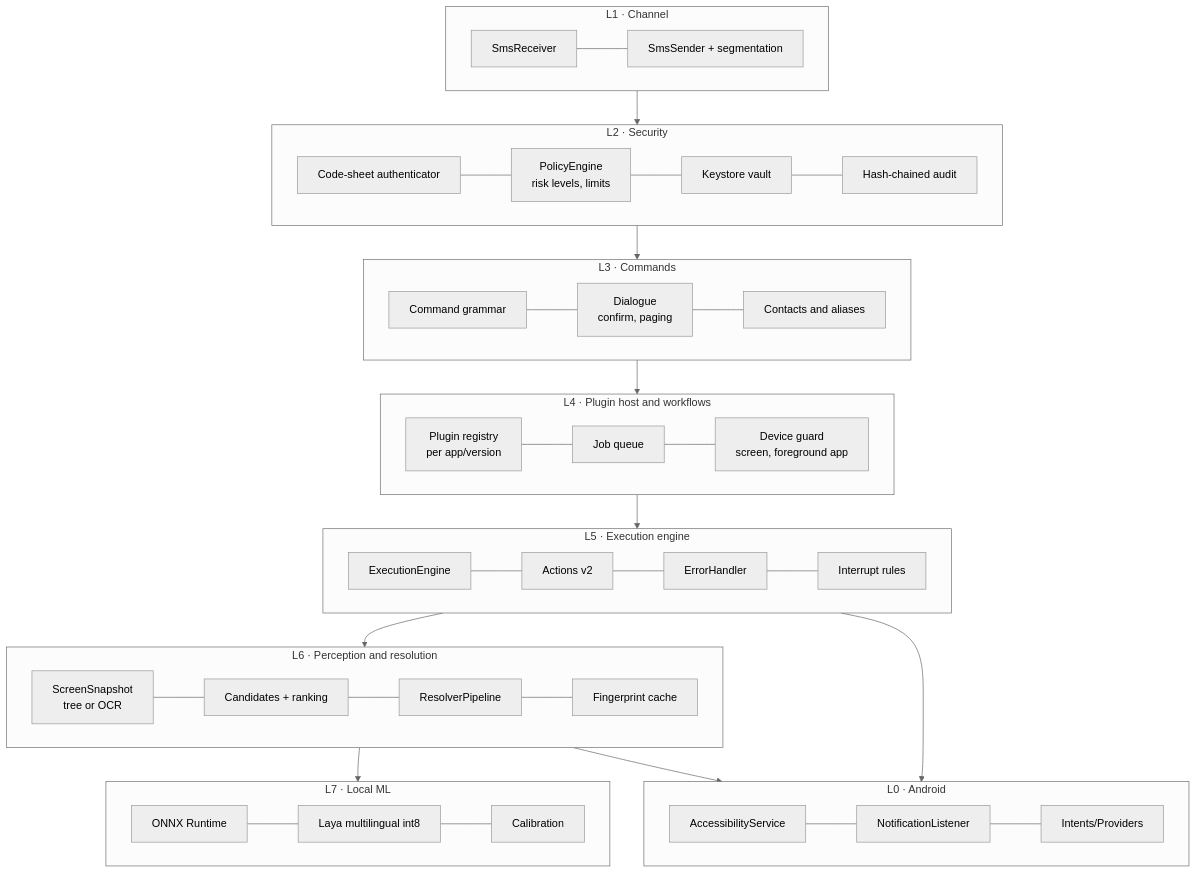
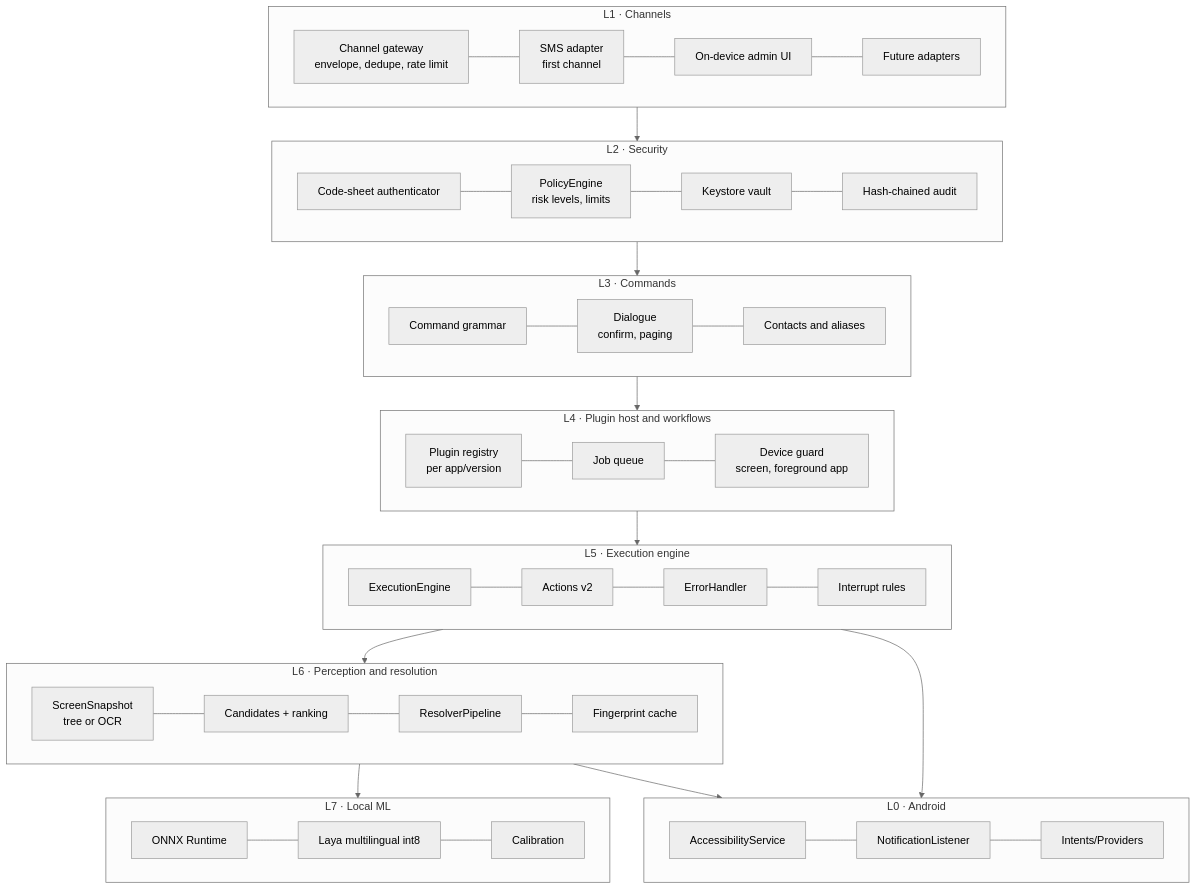
One commit to onova-tech/android-automation-app changed the first of 2 diagrams in docs/vision/README.md. Above: the diagram before and after it, drawn with Mermaid (neutral theme). The commit also changed other lines of this file and 6 other files, not shown here.

First line of the commit message:
docs(vision): decision report and multi-channel architecture [PROJ-000]

````diff
--- a/docs/vision/README.md
+++ b/docs/vision/README.md
@@ -98,30 +104,30 @@
 ```mermaid
 flowchart TB
-  subgraph L1[L1 · Channel]
-    SMSIn[SmsReceiver] --- SMSOut[SmsSender + segmentation]
+  subgraph L1[L1 · Channels]
+    GW[Channel gateway<br/>envelope, dedupe, rate limit] --- SMS[SMS adapter<br/>first channel] --- LUI[On-device admin UI] --- Next[Future adapters]
   end
   subgraph L2[L2 · Security]
     Auth[Code-sheet authenticator] --- Pol[PolicyEngine<br/>risk levels, limits] --- Vault[Keystore vault] --- Audit[Hash-chained audit]
   end
   subgraph L3[L3 · Commands]
     Parser[Command grammar] --- Dlg[Dialogue<br/>confirm, paging] --- Alias[Contacts and aliases]
   end
   subgraph L4[L4 · Plugin host and workflows]
     Reg[Plugin registry<br/>per app/version] --- Q[Job queue] --- Guard[Device guard<br/>screen, foreground app]
   end
   subgraph L5[L5 · Execution engine]
     Eng[ExecutionEngine] --- Act[Actions v2] --- Err[ErrorHandler] --- Int[Interrupt rules]
   end
   subgraph L6[L6 · Perception and resolution]
     Snap[ScreenSnapshot<br/>tree or OCR] --- Cand[Candidates + ranking] --- Res[ResolverPipeline] --- Cache[Fingerprint cache]
   end
   subgraph L7[L7 · Local ML]
     Ort[ONNX Runtime] --- Laya[Laya multilingual int8] --- Cal[Calibration]
   end
   subgraph L0[L0 · Android]
     Acc[AccessibilityService] --- Notif[NotificationListener] --- Prov[Intents/Providers]
   end
   L1 --> L2 --> L3 --> L4 --> L5 --> L6 --> L7
   L5 --> L0
   L6 --> L0
 ```
````
